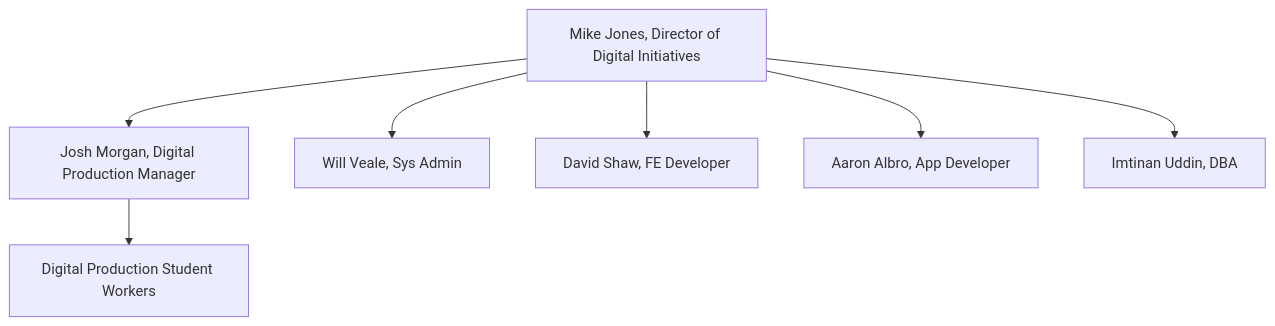
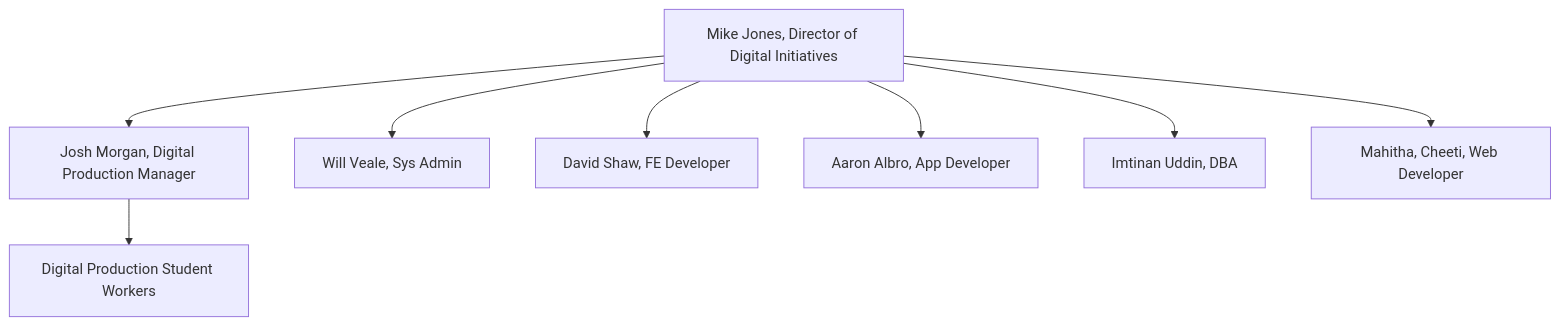
Before and after one commit to utkdigitalinitiatives/.github: the diagram in profile/README.md, drawn with Mermaid.

````diff
--- a/profile/README.md
+++ b/profile/README.md
@@ -32,11 +32,12 @@
 ```mermaid
 
 graph TD
     MJ[Mike Jones, Director of Digital Initiatives] 
     MJ --> JM[Josh Morgan, Digital Production Manager]
     MJ --> WV[Will Veale, Sys Admin]
     MJ --> DS[David Shaw, FE Developer]
     MJ --> AA[Aaron Albro, App Developer]
     MJ --> DBA[Imtinan Uddin, DBA]
+    MJ --> MC[Mahitha, Cheeti, Web Developer]
     JM --> DPS[Digital Production Student Workers]
 ```
````
